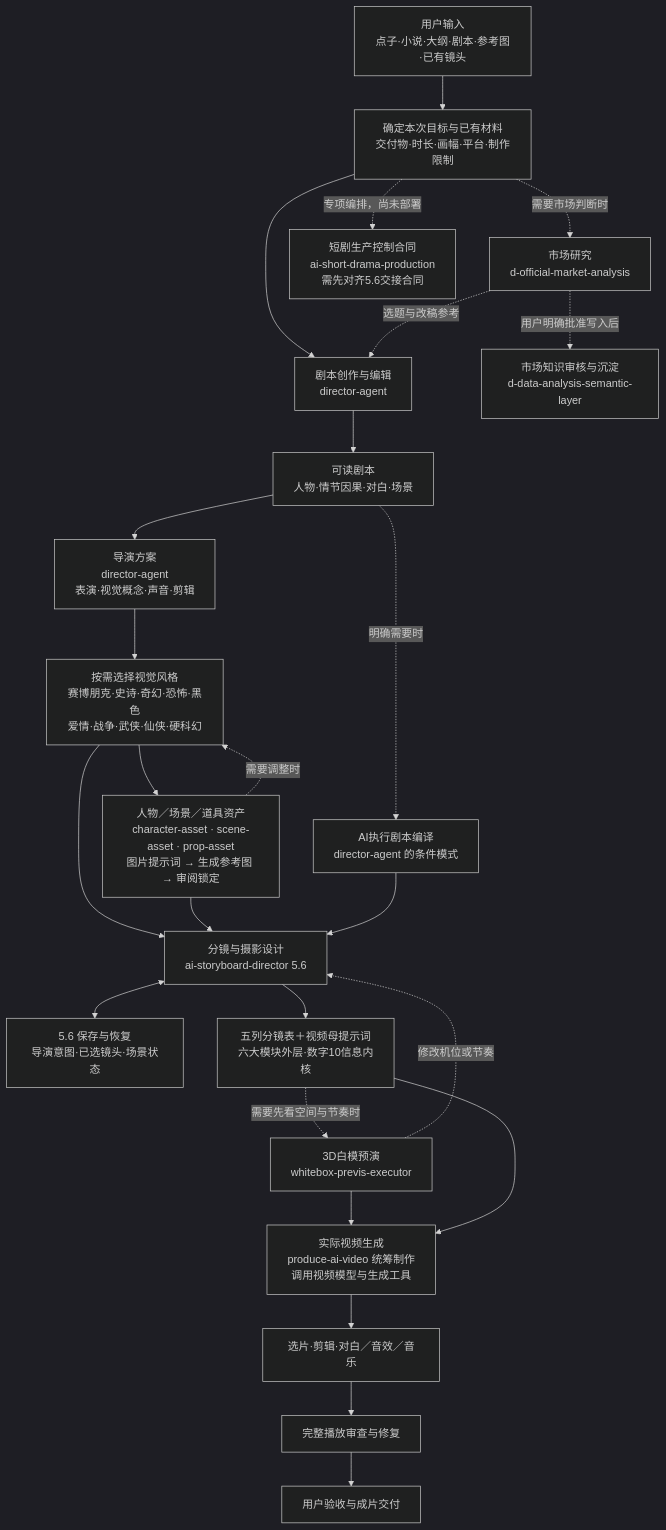
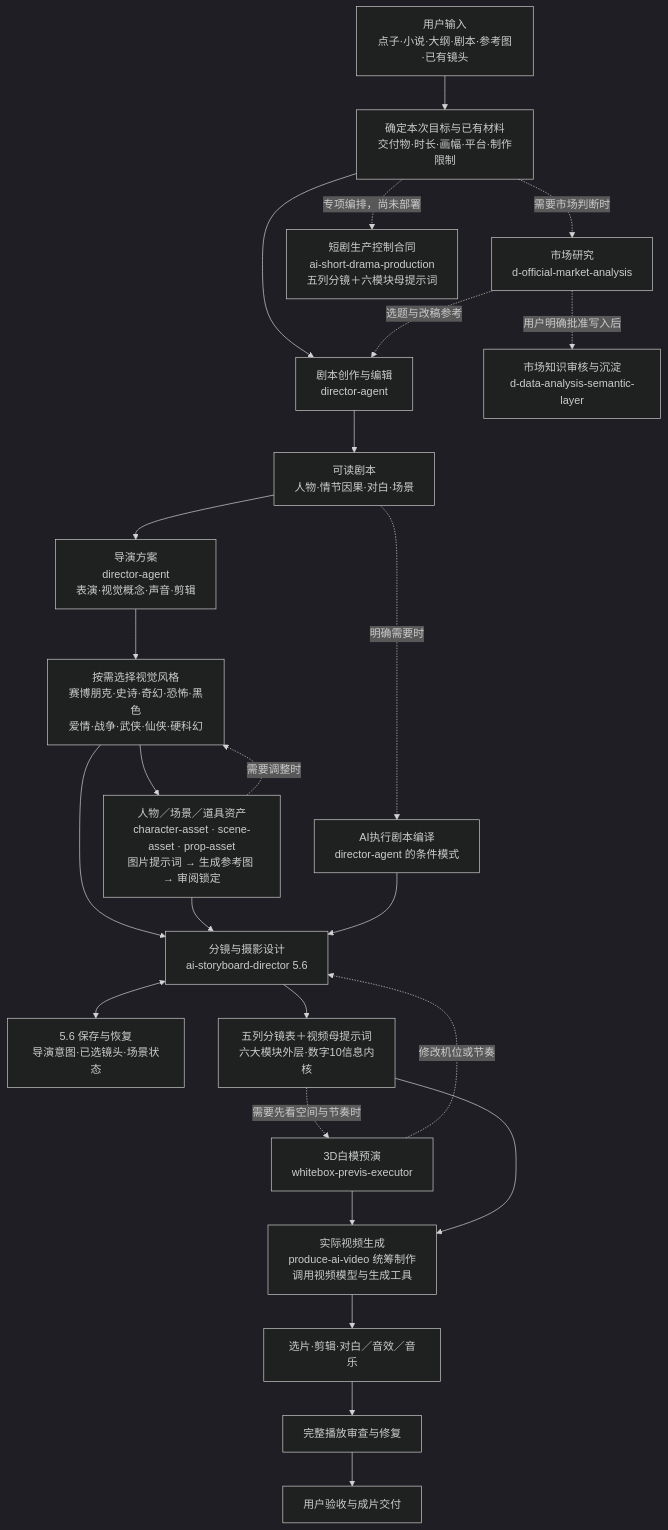
The diagram in docs/WORKFLOW.md (62656456/ai-film-skills), drawn with Mermaid (dark theme) before and after one commit. The commit also changed other lines of this file and 24 other files, not shown here.

````diff
--- a/docs/WORKFLOW.md
+++ b/docs/WORKFLOW.md
@@ -13,27 +13,27 @@
 ```mermaid
 flowchart TB
     U["用户输入<br/>点子·小说·大纲·剧本·参考图·已有镜头"] --> T["确定本次目标与已有材料<br/>交付物·时长·画幅·平台·制作限制"]
     T --> W["剧本创作与编辑<br/>director-agent"]
     T -. "需要市场判断时" .-> M["市场研究<br/>d-official-market-analysis"]
     M -. "选题与改稿参考" .-> W
     M -. "用户明确批准写入后" .-> K["市场知识审核与沉淀<br/>d-data-analysis-semantic-layer"]
     W --> S["可读剧本<br/>人物·情节因果·对白·场景"]
     S --> D["导演方案<br/>director-agent<br/>表演·视觉概念·声音·剪辑"]
     S -. "明确需要时" .-> X["AI执行剧本编译<br/>director-agent 的条件模式"]
     D --> V["按需选择视觉风格<br/>赛博朋克·史诗·奇幻·恐怖·黑色<br/>爱情·战争·武侠·仙侠·硬科幻"]
     V --> A["人物／场景／道具资产<br/>character-asset · scene-asset · prop-asset<br/>图片提示词 → 生成参考图 → 审阅锁定"]
     A -. "需要调整时" .-> V
     V --> B["分镜与摄影设计<br/>ai-storyboard-director 5.6"]
     A --> B
     X --> B
     B <--> R["5.6 保存与恢复<br/>导演意图·已选镜头·场景状态"]
     B --> P["五列分镜表＋视频母提示词<br/>六大模块外层·数字10信息内核"]
     P -. "需要先看空间与节奏时" .-> PRE["3D白模预演<br/>whitebox-previs-executor"]
     PRE -. "修改机位或节奏" .-> B
     PRE --> G["实际视频生成<br/>produce-ai-video 统筹制作<br/>调用视频模型与生成工具"]
     P --> G
     G --> E["选片·剪辑·对白／音效／音乐"]
     E --> Q["完整播放审查与修复"]
     Q --> F["用户验收与成片交付"]
-    T -. "专项编排，尚未部署" .-> SHORT["短剧生产控制合同<br/>ai-short-drama-production<br/>需先对齐5.6交接合同"]
+    T -. "专项编排，尚未部署" .-> SHORT["短剧生产控制合同<br/>ai-short-drama-production<br/>五列分镜＋六模块母提示词"]
 ```
````
